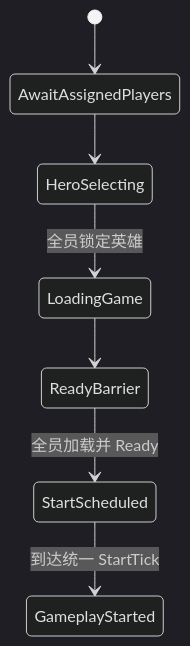
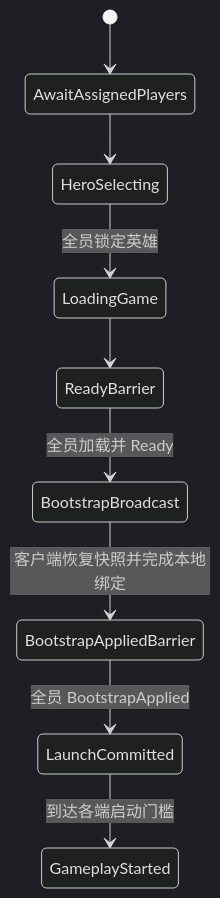
Before and after one commit to Mosya-CX/FrameSyncMobaDemo: the sixth of 11 diagrams in Docs/Design/FrameSync_Flow_Integrated_System_Design_v10_2.md, drawn with Mermaid (dark theme). The commit also changed other lines of this file and 492 other files, not shown here.

````diff
--- a/Docs/Design/FrameSync_Flow_Integrated_System_Design_v10_2.md
+++ b/Docs/Design/FrameSync_Flow_Integrated_System_Design_v10_2.md
@@ -291,9 +291,11 @@
 ```mermaid
 stateDiagram-v2
     [*] --> AwaitAssignedPlayers
     AwaitAssignedPlayers --> HeroSelecting
     HeroSelecting --> LoadingGame : 全员锁定英雄
     LoadingGame --> ReadyBarrier
-    ReadyBarrier --> StartScheduled : 全员加载并 Ready
-    StartScheduled --> GameplayStarted : 到达统一 StartTick
+    ReadyBarrier --> BootstrapBroadcast : 全员加载并 Ready
+    BootstrapBroadcast --> BootstrapAppliedBarrier : 客户端恢复快照并完成本地绑定
+    BootstrapAppliedBarrier --> LaunchCommitted : 全员 BootstrapApplied
+    LaunchCommitted --> GameplayStarted : 到达各端启动门槛
 ```
````
